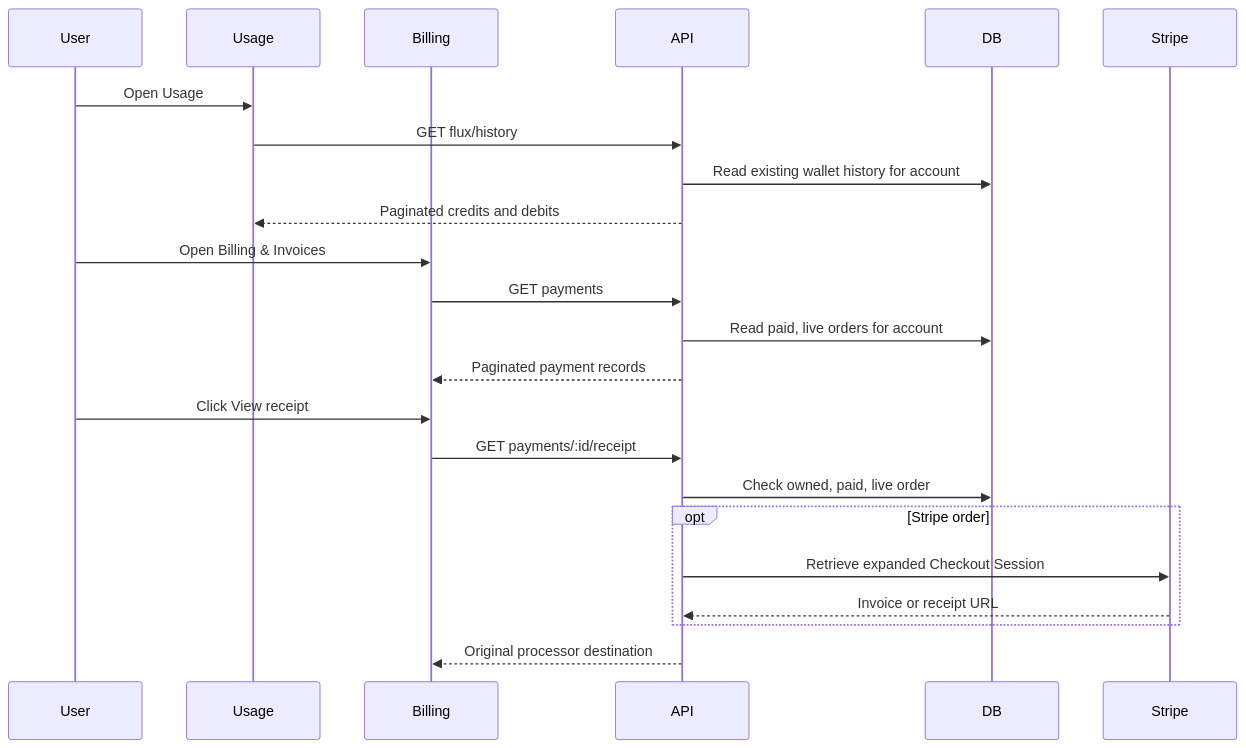
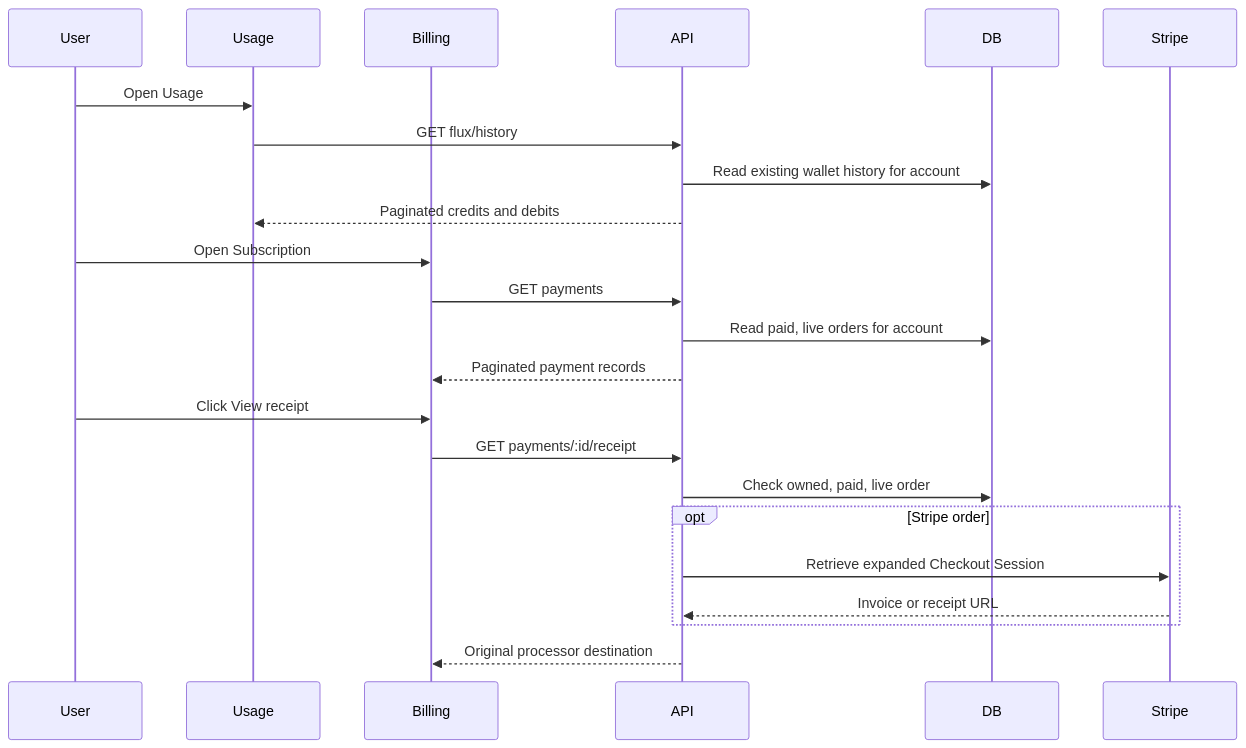
The second of 2 diagrams in server/docs/ai/adr/2026-11-03-topup-order-receipts.md (moeru-ai/airi), drawn with Mermaid before and after one commit. The commit also changed other lines of this file and 2 other files, not shown here.

Commit message:
fix(i18n): preserve the subscription page title

````diff
--- a/server/docs/ai/adr/2026-11-03-topup-order-receipts.md
+++ b/server/docs/ai/adr/2026-11-03-topup-order-receipts.md
@@ -70,25 +70,25 @@
 ```mermaid
 sequenceDiagram
   participant User
   participant Usage
   participant Billing
   participant API
   participant DB
   participant Stripe
   User->>Usage: Open Usage
   Usage->>API: GET flux/history
   API->>DB: Read existing wallet history for account
   API-->>Usage: Paginated credits and debits
-  User->>Billing: Open Billing & Invoices
+  User->>Billing: Open Subscription
   Billing->>API: GET payments
   API->>DB: Read paid, live orders for account
   API-->>Billing: Paginated payment records
   User->>Billing: Click View receipt
   Billing->>API: GET payments/:id/receipt
   API->>DB: Check owned, paid, live order
   opt Stripe order
     API->>Stripe: Retrieve expanded Checkout Session
     Stripe-->>API: Invoice or receipt URL
   end
   API-->>Billing: Original processor destination
 ```
````
